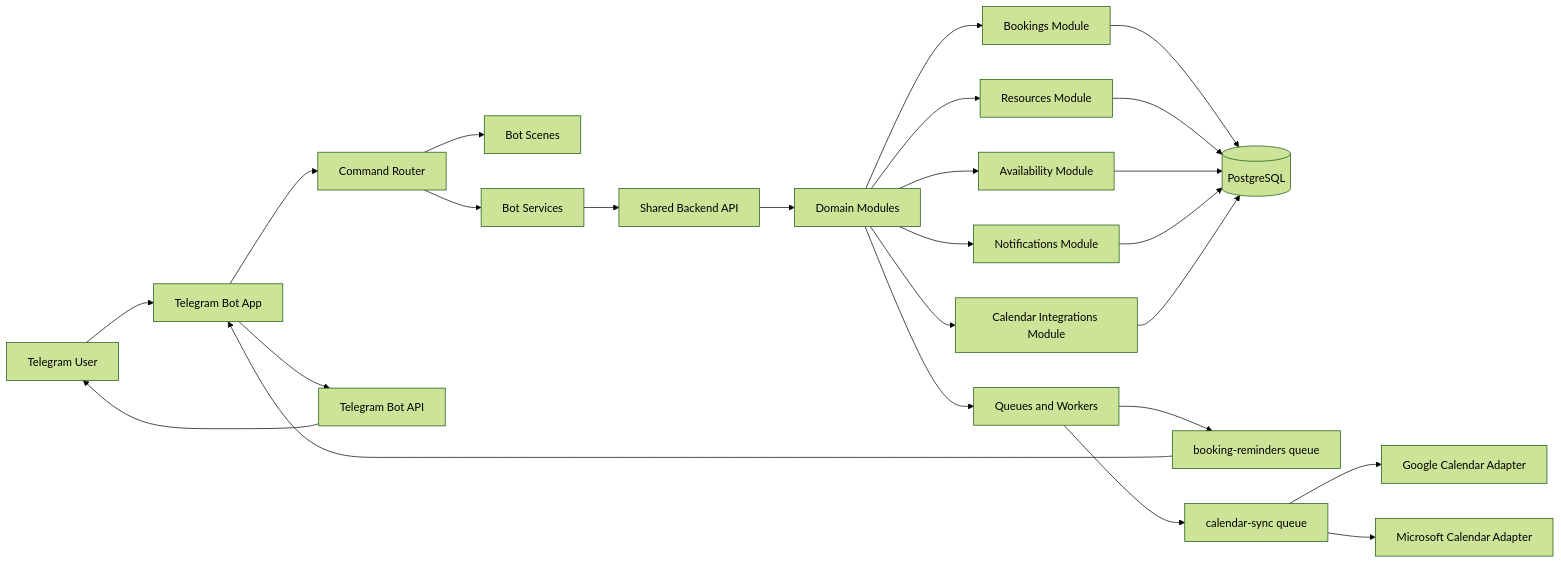
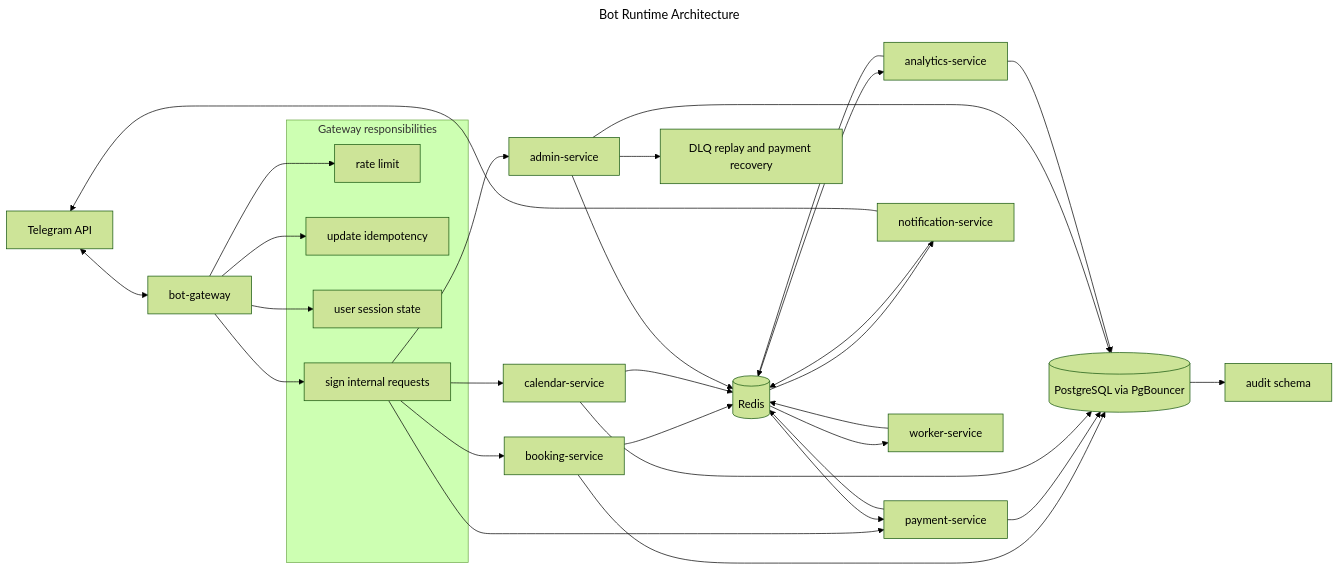
One commit to Hqzdev/Metrix changed the diagram in docs/telegram-bot-diagrams/05-bot-architecture.mmd. Above: the diagram before and after it, drawn with Mermaid (forest theme). The commit also changed 162 other files, not shown here.

```diff
--- a/docs/telegram-bot-diagrams/05-bot-architecture.mmd
+++ b/docs/telegram-bot-diagrams/05-bot-architecture.mmd
@@ -1,33 +1,46 @@
+---
+title: Bot Runtime Architecture
+---
 flowchart LR
-    A[Telegram User] --> B[Telegram Bot App]
+    TG[Telegram API] <--> GW[bot-gateway]
 
-    B --> C[Command Router]
-    C --> D[Bot Scenes]
-    C --> E[Bot Services]
+    subgraph gateway["Gateway responsibilities"]
+        RL[rate limit]
+        IDEMP[update idempotency]
+        FSM[user session state]
+        SIGN[sign internal requests]
+    end
 
-    E --> F[Shared Backend API]
-    F --> G[Domain Modules]
+    GW --> RL
+    GW --> IDEMP
+    GW --> FSM
+    GW --> SIGN
 
-    G --> H[Bookings Module]
-    G --> I[Resources Module]
-    G --> J[Availability Module]
-    G --> K[Notifications Module]
-    G --> L[Calendar Integrations Module]
+    SIGN --> BK[booking-service]
+    SIGN --> PAY[payment-service]
+    SIGN --> CAL[calendar-service]
+    SIGN --> ADM[admin-service]
 
-    H --> M[(PostgreSQL)]
-    I --> M
-    J --> M
-    K --> M
-    L --> M
+    BK --> DB[(PostgreSQL via PgBouncer)]
+    PAY --> DB
+    CAL --> DB
+    ADM --> DB
+    ANA[analytics-service] --> DB
 
-    G --> N[Queues and Workers]
-    N --> O[booking-reminders queue]
-    N --> P[calendar-sync queue]
+    BK --> R[(Redis)]
+    PAY --> R
+    CAL --> R
+    ADM --> R
+    ANA --> R
+    NOT[notification-service] --> R
+    WK[worker-service] --> R
 
-    P --> Q[Google Calendar Adapter]
-    P --> R[Microsoft Calendar Adapter]
+    R --> NOT
+    R --> ANA
+    R --> PAY
+    R --> WK
 
-    O --> B
+    NOT --> TG
 
-    B --> S[Telegram Bot API]
-    S --> A
+    DB --> AUD[audit schema]
+    ADM --> OPS[DLQ replay and payment recovery]
```
